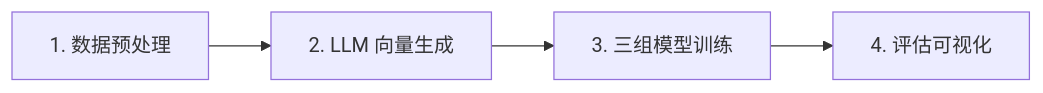
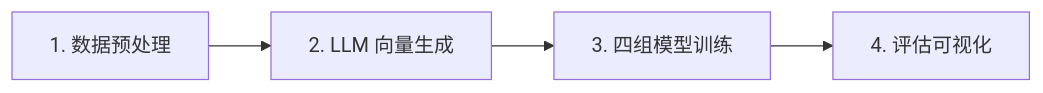
Before and after one commit to bc6108monica-ship-it/DeepFM-CTR: the first of 3 diagrams in README.md, drawn with Mermaid. The commit also changed other lines of this file, not shown here.

````diff
--- a/README.md
+++ b/README.md
@@ -8,4 +8,4 @@
 ```mermaid
 flowchart LR
-    A[1. 数据预处理] --> B[2. LLM 向量生成] --> C[3. 三组模型训练] --> D[4. 评估可视化]
+    A[1. 数据预处理] --> B[2. LLM 向量生成] --> C[3. 四组模型训练] --> D[4. 评估可视化]
 ```
````
